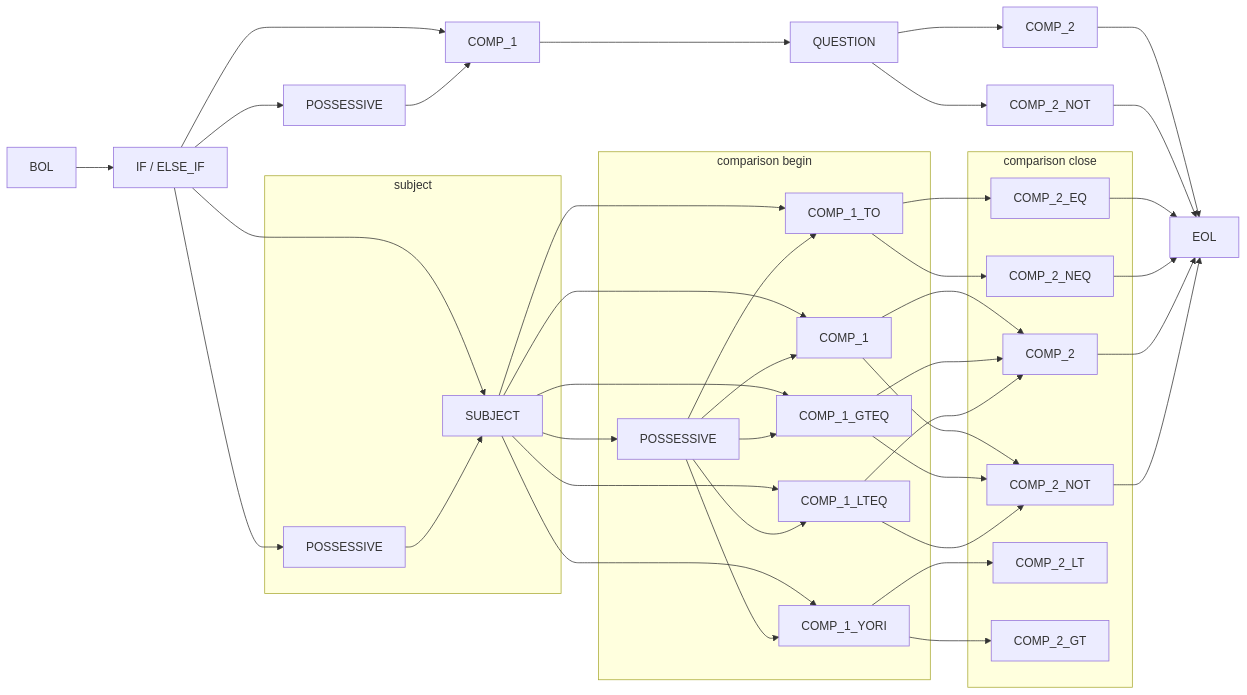
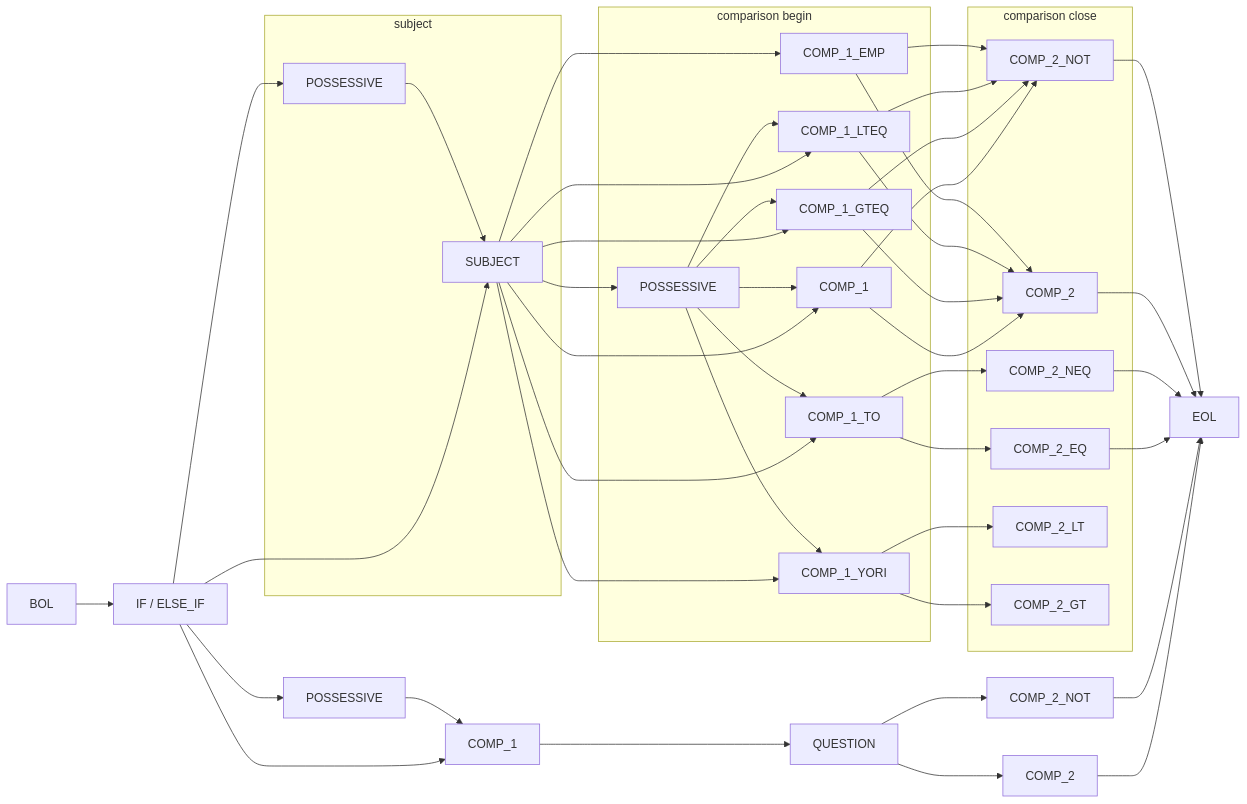
One commit to rewhowe/snapdragon changed the eighth of 12 diagrams in documentation/nfsm.md. Above: the diagram before and after it, drawn with Mermaid. The commit also changed other lines of this file and 2 other files, not shown here.

Commit message:
update syntax and nfsm docs

````diff
--- a/documentation/nfsm.md
+++ b/documentation/nfsm.md
@@ -171,74 +171,79 @@
 ```mermaid
 graph LR
   BOL --> IF[IF / ELSE_IF]
 
   IF[IF / ELSE_IF] --> SUBJECT
   IF[IF / ELSE_IF] --> COMP_BOOL_BEGIN
   IF[IF / ELSE_IF] --> POSSESSIVE_BOOL[POSSESSIVE]
   IF[IF / ELSE_IF] --> POSSESSIVE_1[POSSESSIVE]
 
   SUBJECT --> COMP_1
   SUBJECT --> COMP_1_TO
   SUBJECT --> COMP_1_YORI
   SUBJECT --> COMP_1_GTEQ
   SUBJECT --> COMP_1_LTEQ
   SUBJECT --> POSSESSIVE_2[POSSESSIVE]
+  SUBJECT --> COMP_1_EMP
 
   POSSESSIVE_BOOL[POSSESSIVE] --> COMP_BOOL_BEGIN[COMP_1]
   COMP_BOOL_BEGIN[COMP_1] --> QUESTION
 
   QUESTION --> COMP_BOOL_CLOSE[COMP_2]
   QUESTION --> COMP_BOOL_CLOSE_NOT[COMP_2_NOT]
 
   COMP_BOOL_CLOSE[COMP_2] --> EOL
   COMP_BOOL_CLOSE_NOT[COMP_2_NOT] --> EOL
 
   COMP_1 --> COMP_2
   COMP_1 --> COMP_2_NOT
 
   COMP_1_GTEQ --> COMP_2
   COMP_1_GTEQ --> COMP_2_NOT
 
   COMP_1_LTEQ --> COMP_2
   COMP_1_LTEQ --> COMP_2_NOT
 
   COMP_1_TO --> COMP_2_EQ
   COMP_1_TO --> COMP_2_NEQ
 
   COMP_1_YORI --> COMP_2_LT
   COMP_1_YORI --> COMP_2_GT
 
+  COMP_1_EMP --> COMP_2
+  COMP_1_EMP --> COMP_2_NOT
+
   COMP_2_EQ --> EOL
 
   COMP_2_NEQ --> EOL
 
   COMP_2 --> EOL
 
   COMP_2_NOT --> EOL
 
   subgraph subject
     POSSESSIVE_1[POSSESSIVE] --> SUBJECT
   end
 
   subgraph comparison begin
     POSSESSIVE_2[POSSESSIVE] --> COMP_1
     POSSESSIVE_2[POSSESSIVE] --> COMP_1_TO
     POSSESSIVE_2[POSSESSIVE] --> COMP_1_YORI
     POSSESSIVE_2[POSSESSIVE] --> COMP_1_GTEQ
     POSSESSIVE_2[POSSESSIVE] --> COMP_1_LTEQ
+    COMP_1_EMP
   end
 
   subgraph comparison close
     COMP_2
 
     COMP_2_NOT
 
     COMP_2_LT
 
     COMP_2_GT
 
     COMP_2_EQ
 
     COMP_2_NEQ
   end
 ```
````
